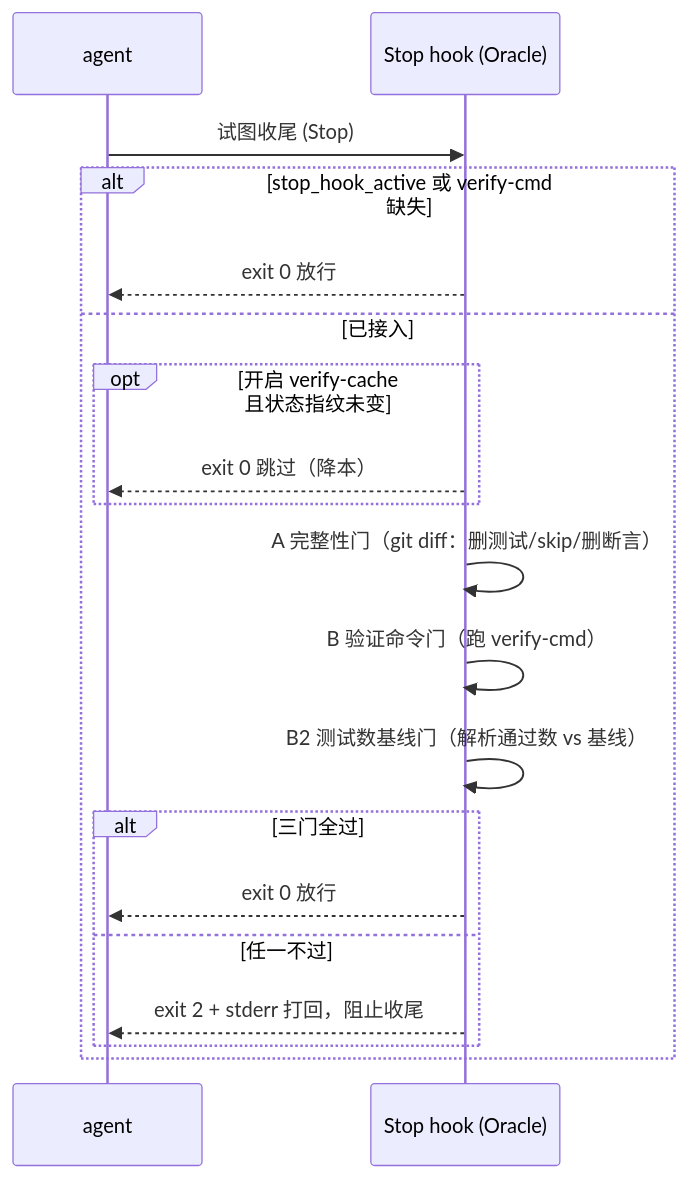
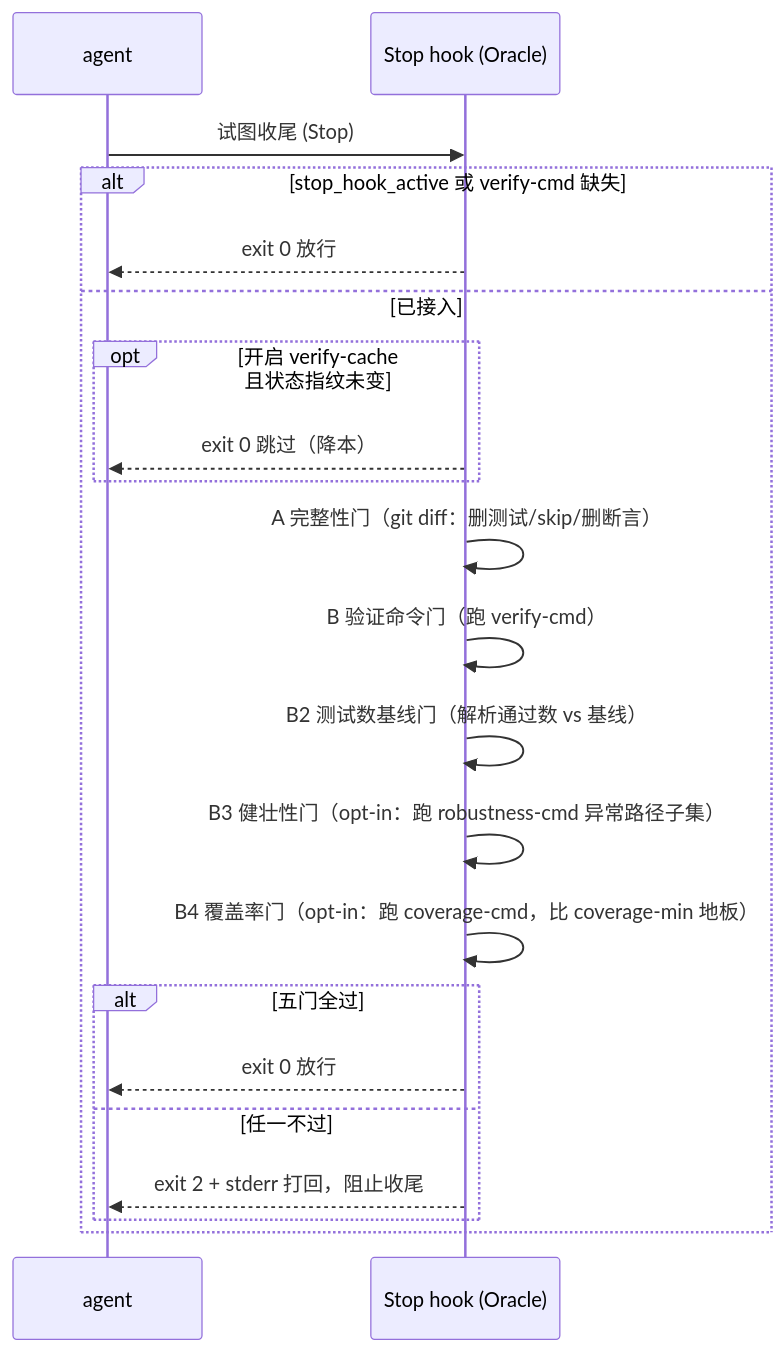
The second of 2 diagrams in docs/DESIGN.md (owenhu-cloud/flow-harness), drawn with Mermaid before and after one commit. The commit also changed other lines of this file and 2 other files, not shown here.

````diff
--- a/docs/DESIGN.md
+++ b/docs/DESIGN.md
@@ -64,21 +64,23 @@
 ```mermaid
 sequenceDiagram
     participant A as agent
     participant S as Stop hook (Oracle)
     A->>S: 试图收尾 (Stop)
     alt stop_hook_active 或 verify-cmd 缺失
         S-->>A: exit 0 放行
     else 已接入
         opt 开启 verify-cache 且状态指纹未变
             S-->>A: exit 0 跳过（降本）
         end
         S->>S: A 完整性门（git diff：删测试/skip/删断言）
         S->>S: B 验证命令门（跑 verify-cmd）
         S->>S: B2 测试数基线门（解析通过数 vs 基线）
-        alt 三门全过
+        S->>S: B3 健壮性门（opt-in：跑 robustness-cmd 异常路径子集）
+        S->>S: B4 覆盖率门（opt-in：跑 coverage-cmd，比 coverage-min 地板）
+        alt 五门全过
             S-->>A: exit 0 放行
         else 任一不过
             S-->>A: exit 2 + stderr 打回，阻止收尾
         end
     end
 ```
````
